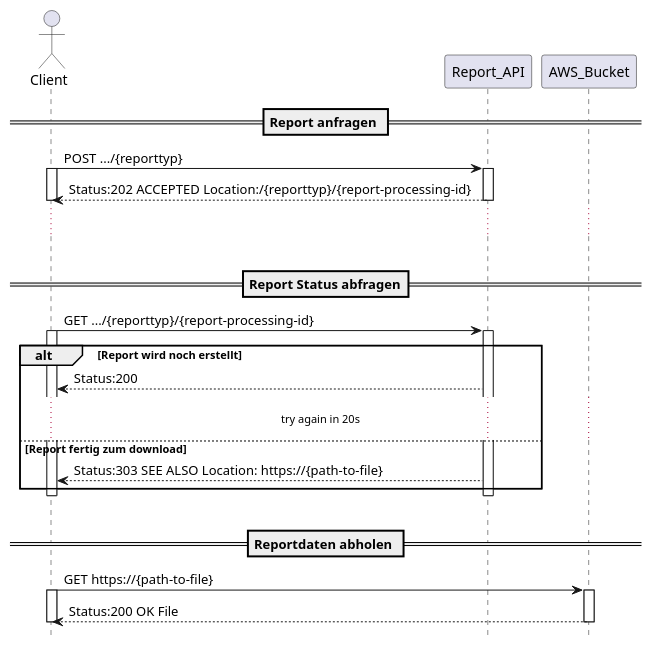
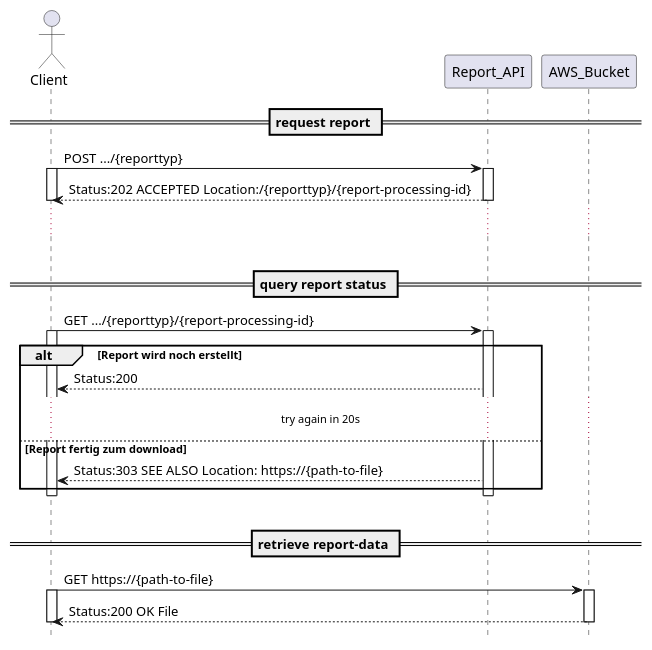
The diagram in resources/processing-report-api.iuml (europace/report-api), drawn with PlantUML before and after one commit.

Commit message:
translation in english

```diff
--- a/resources/processing-report-api.iuml
+++ b/resources/processing-report-api.iuml
@@ -1,41 +1,41 @@
 @startuml
 
 hide footbox
 
 actor Client as client
 participant "Report_API" as rep
 participant "AWS_Bucket" as aws
 
-== Report anfragen ==
+== request report ==
 client -> rep: POST .../{reporttyp}
 activate rep
 activate client
 rep --> client: Status:202 ACCEPTED Location:/{reporttyp}/{report-processing-id}
 deactivate rep
 deactivate client
 ...
 |||
 
-== Report Status abfragen==
+== query report status ==
 client -> rep: GET .../{reporttyp}/{report-processing-id}
 activate rep
 activate client
 alt Report wird noch erstellt
 rep --> client: Status:200
 ... try again in 20s ...
 else Report fertig zum download
 rep --> client: Status:303 SEE ALSO Location: https://{path-to-file}
 end
 deactivate rep
 deactivate client
 |||
 
-== Reportdaten abholen ==
+== retrieve report-data ==
 client -> aws: GET https://{path-to-file}
 activate aws
 activate client
 aws --> client: Status:200 OK File
 deactivate aws
 deactivate client
 
 @enduml
```
